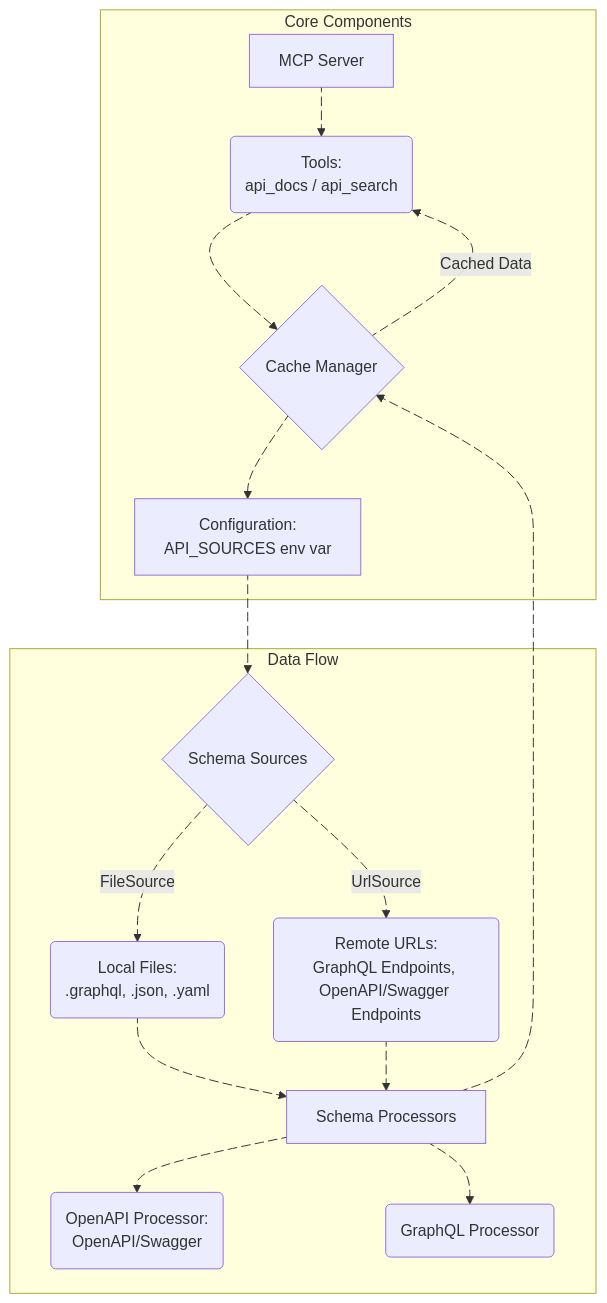
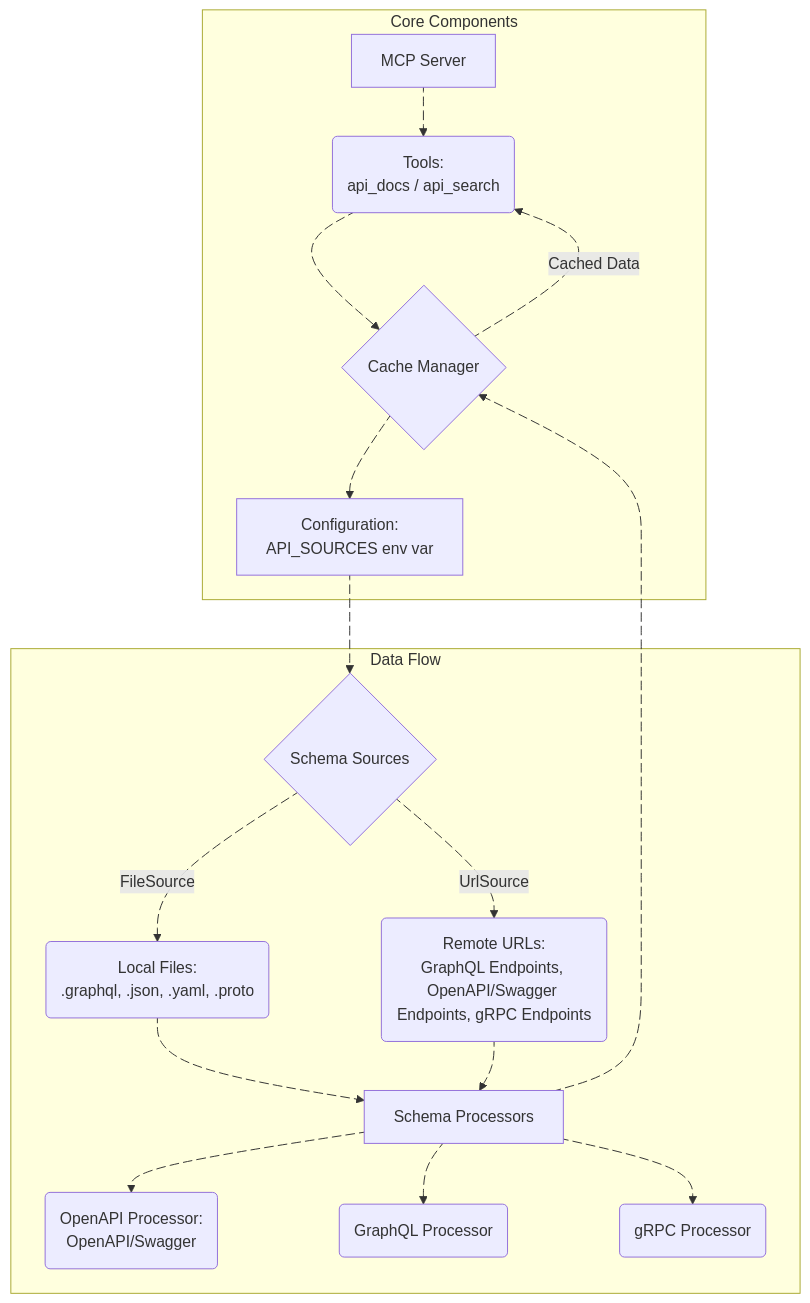
The diagram in README.md (EliFuzz/api-docs-mcp), drawn with Mermaid before and after one commit. The commit also changed other lines of this file and 12 other files, not shown here.

````diff
--- a/README.md
+++ b/README.md
@@ -53,44 +54,47 @@
 ```mermaid
 graph TD
     mcpServer[MCP Server] e1@--> tools(Tools:<br/>api_docs / api_search);
     tools e2@--> cacheManager{Cache Manager};
     cacheManager e3@--> configuration[Configuration:<br/>API_SOURCES env var];
     configuration e4@--> schemaSources{Schema Sources};
-    schemaSources e5@-- FileSource--> localFiles(Local Files:<br/>.graphql, .json, .yaml);
-    schemaSources e6@-- UrlSource--> remoteUrls(Remote URLs:<br/>GraphQL Endpoints, OpenAPI/Swagger Endpoints);
+    schemaSources e5@-- FileSource--> localFiles(Local Files:<br/>.graphql, .json, .yaml, .proto);
+    schemaSources e6@-- UrlSource--> remoteUrls(Remote URLs:<br/>GraphQL Endpoints, OpenAPI/Swagger Endpoints, gRPC Endpoints);
     localFiles e7@--> processor[Schema Processors];
     remoteUrls e8@--> processor;
     processor e9@--> cacheManager;
     processor e10@--> openAPIProcessor(OpenAPI Processor:<br/>OpenAPI/Swagger);
-    processor e11@--> graphQLProcessor(GraphQL Processor)
-    cacheManager e12@--Cached Data--> tools;
+    processor e11@--> graphQLProcessor(GraphQL Processor);
+    processor e12@--> grpcProcessor(gRPC Processor)
+    cacheManager e13@--Cached Data--> tools;
 
     subgraph Core Components
         mcpServer
         tools
         cacheManager
         configuration
     end
 
     subgraph Data Flow
         schemaSources
         localFiles
         remoteUrls
         processor
         openAPIProcessor
         graphQLProcessor
+        grpcProcessor
     end
 
     e1@{ animate: true }
     e2@{ animate: true }
     e3@{ animate: true }
     e4@{ animate: true }
     e5@{ animate: true }
     e6@{ animate: true }
     e7@{ animate: true }
     e8@{ animate: true }
     e9@{ animate: true }
     e10@{ animate: true }
     e11@{ animate: true }
     e12@{ animate: true }
+    e13@{ animate: true }
 ```
````
